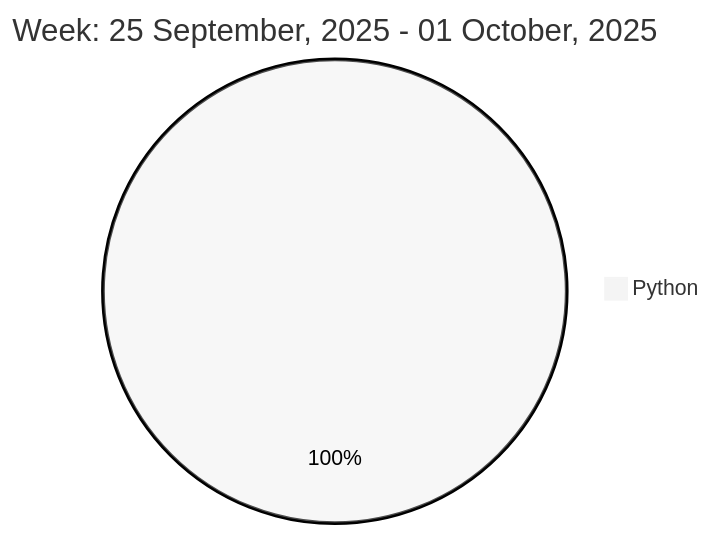
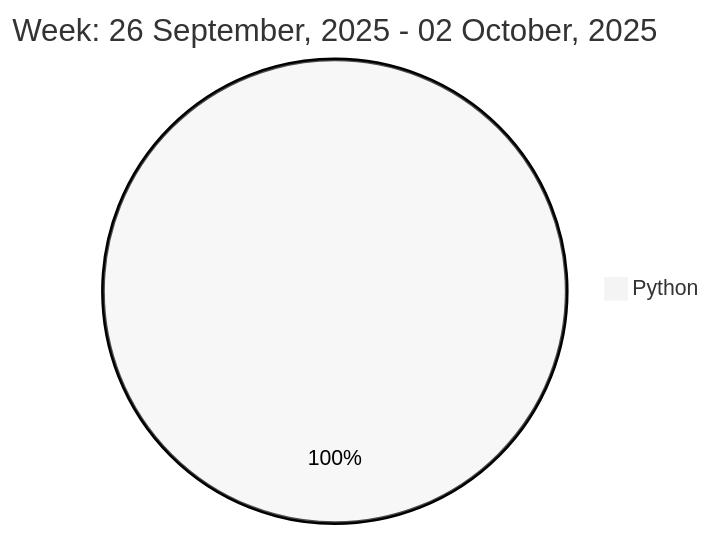
One commit to liubin95/liubin95 changed the diagram in README.md. Above: the diagram before and after it, drawn with Mermaid (neutral theme).

Commit message:
Updated the Graph with new Metrics

````diff
--- a/README.md
+++ b/README.md
@@ -37,5 +37,5 @@
 ```mermaid
  pie
-title Week: 25 September, 2025 - 01 October, 2025
- "Python" : 2.38
+title Week: 26 September, 2025 - 02 October, 2025
+ "Python" : 1.43
 ```
````
